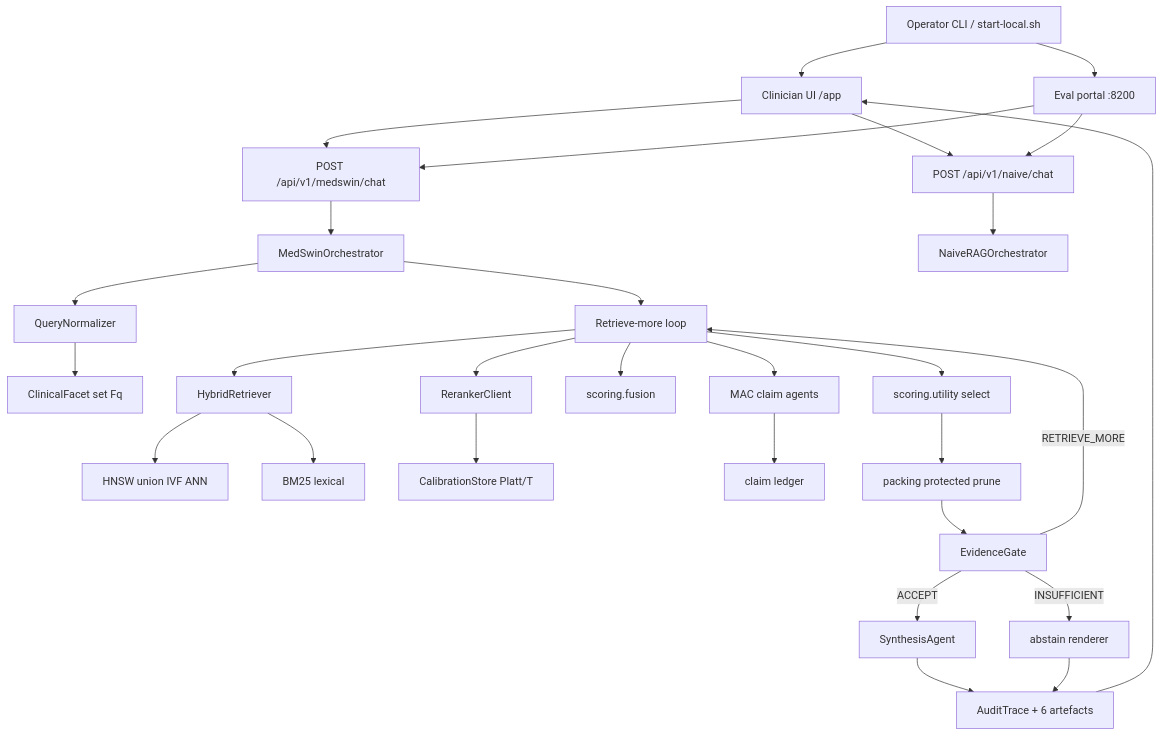
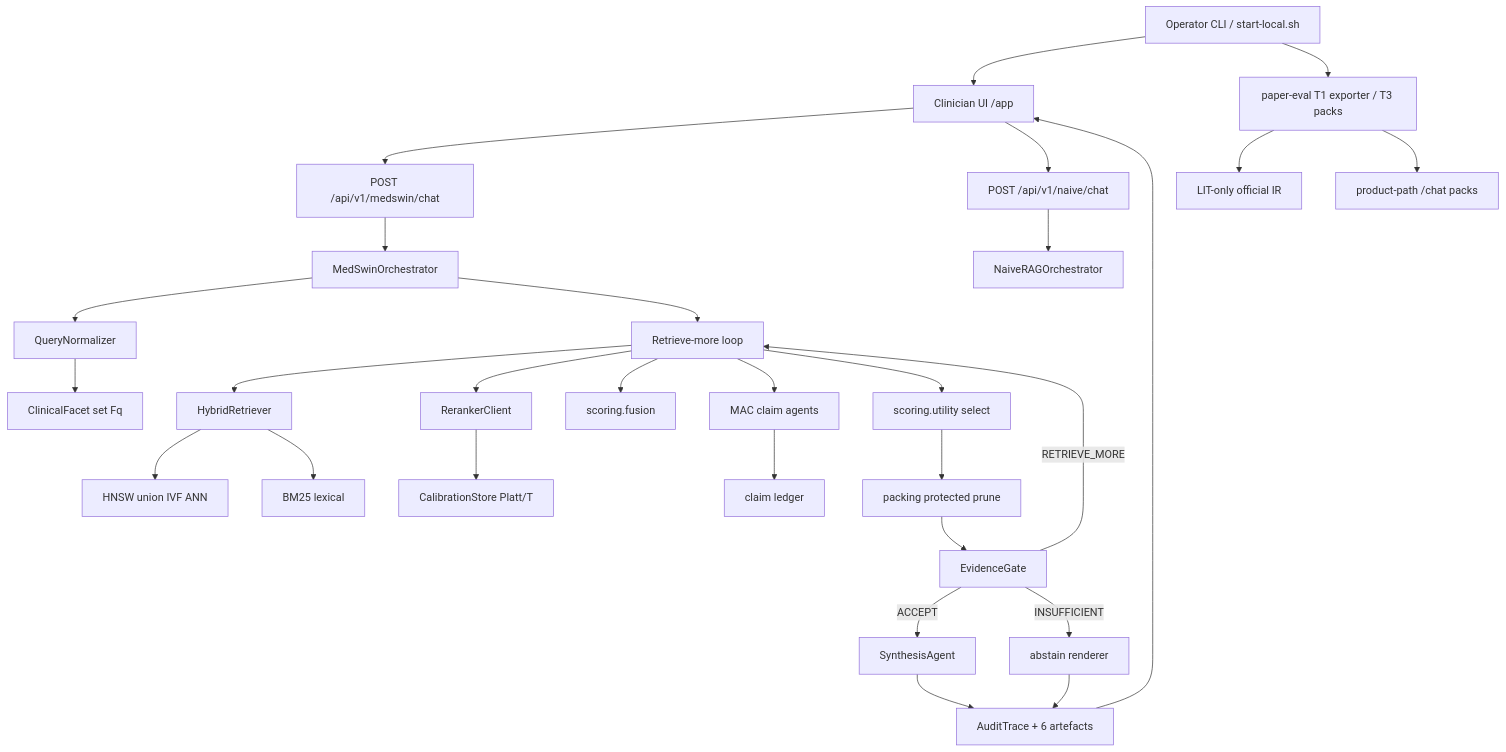
Before and after one commit to MedSwin/RAG: the first of 5 diagrams in README.md, drawn with Mermaid. The commit also changed other lines of this file and 100 other files, not shown here.

````diff
--- a/README.md
+++ b/README.md
@@ -51,31 +51,31 @@
 ```mermaid
 flowchart TD
   Op["Operator CLI / start-local.sh"] --> UI["Clinician UI /app"]
-  Op --> EvalUI["Eval portal :8200"]
+  Op --> Paper["paper-eval T1 exporter / T3 packs"]
   UI --> Full["POST /api/v1/medswin/chat"]
   UI --> Naive["POST /api/v1/naive/chat"]
-  EvalUI --> Full
-  EvalUI --> Naive
+  Paper --> T1["LIT-only official IR"]
+  Paper --> T3["product-path /chat packs"]
   Full --> Orch["MedSwinOrchestrator"]
   Naive --> Control["NaiveRAGOrchestrator"]
   Orch --> Norm["QueryNormalizer"]
   Norm --> Facets["ClinicalFacet set Fq"]
   Orch --> Loop["Retrieve-more loop"]
   Loop --> Hybrid["HybridRetriever"]
   Hybrid --> Dense["HNSW union IVF ANN"]
   Hybrid --> Lex["BM25 lexical"]
   Loop --> Rerank["RerankerClient"]
   Rerank --> Calib["CalibrationStore Platt/T"]
   Loop --> Fuse["scoring.fusion"]
   Loop --> Agents["MAC claim agents"]
   Agents --> Ledger["claim ledger"]
   Loop --> Select["scoring.utility select"]
   Select --> Pack["packing protected prune"]
   Pack --> Gate["EvidenceGate"]
   Gate -->|ACCEPT| Synth["SynthesisAgent"]
   Gate -->|RETRIEVE_MORE| Loop
   Gate -->|INSUFFICIENT| Abstain["abstain renderer"]
   Synth --> Trace["AuditTrace + 6 artefacts"]
   Abstain --> Trace
   Trace --> UI
 ```
````
